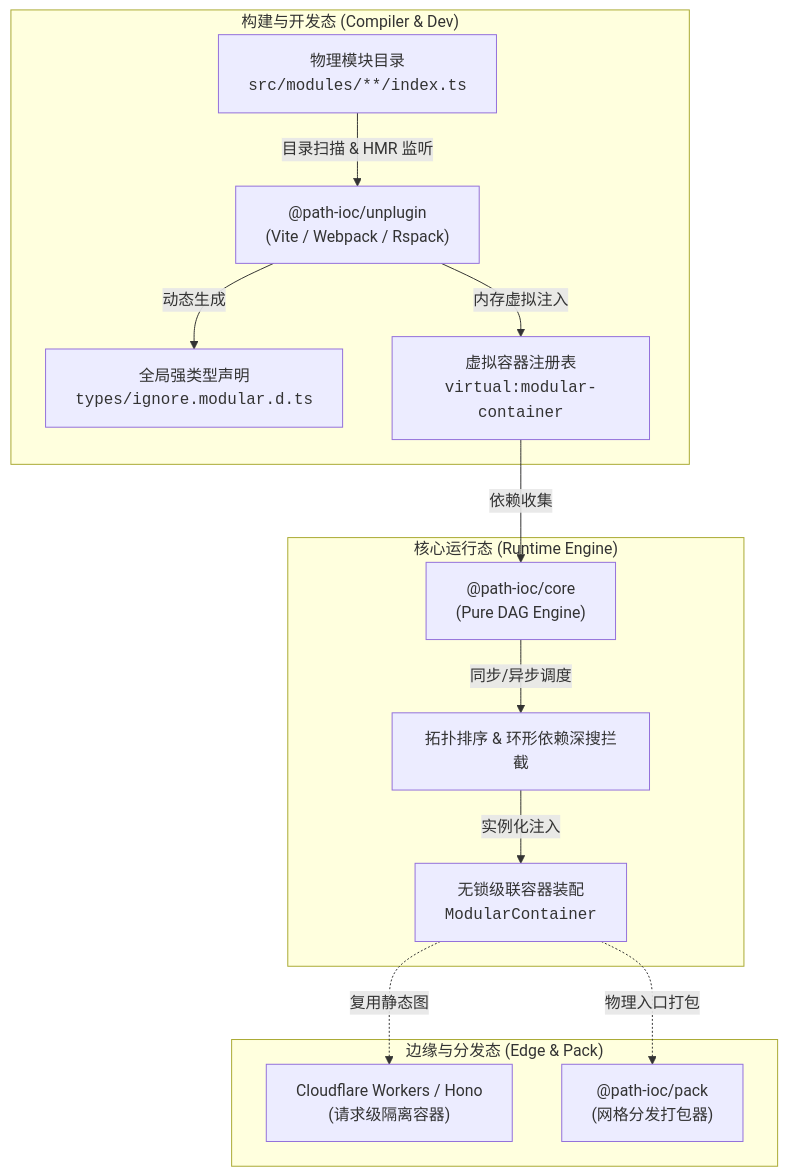
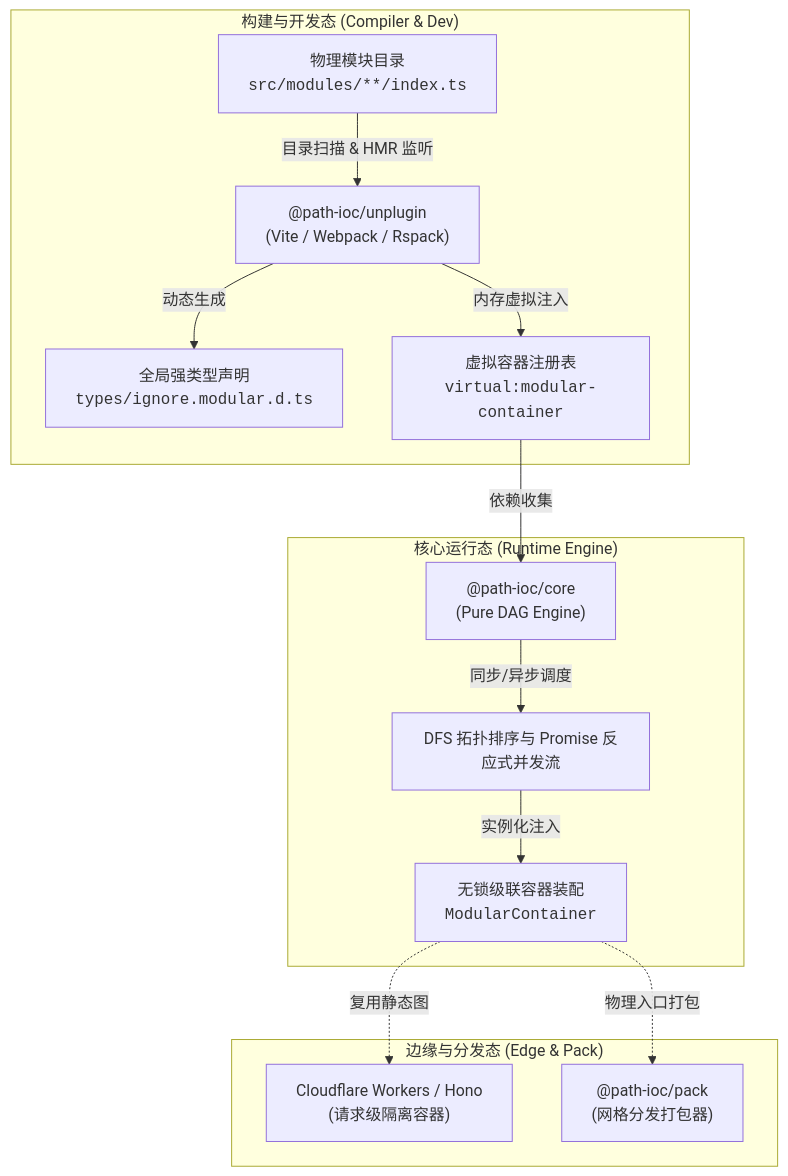
One commit to path-ioc/path-ioc changed the diagram in README.zh-CN.md. Above: the diagram before and after it, drawn with Mermaid. The commit also changed other lines of this file and 12 other files, not shown here.

Commit message:
docs: update documentation, READMEs, and pack plugin guides with enhanced architectural descriptions and video showcase

````diff
--- a/README.zh-CN.md
+++ b/README.zh-CN.md
@@ -65,30 +78,30 @@
 ```mermaid
 flowchart TD
     subgraph DevTime ["构建与开发态 (Compiler & Dev)"]
         A["物理模块目录<br><code>src/modules/**/index.ts</code>"]
         B["@path-ioc/unplugin<br>(Vite / Webpack / Rspack)"]
         C["全局强类型声明<br><code>types/ignore.modular.d.ts</code>"]
         D["虚拟容器注册表<br><code>virtual:modular-container</code>"]
         
         A -->|目录扫描 & HMR 监听| B
         B -->|动态生成| C
         B -->|内存虚拟注入| D
     end
 
     subgraph RunTime ["核心运行态 (Runtime Engine)"]
         E["@path-ioc/core<br>(Pure DAG Engine)"]
-        F["拓扑排序 & 环形依赖深搜拦截"]
+        F["DFS 拓扑排序与 Promise 反应式并发流"]
         G["无锁级联容器装配<br><code>ModularContainer</code>"]
         
         D -->|依赖收集| E
         E -->|同步/异步调度| F
         F -->|实例化注入| G
     end
 
     subgraph EdgeTime ["边缘与分发态 (Edge & Pack)"]
         H["Cloudflare Workers / Hono<br>(请求级隔离容器)"]
         I["@path-ioc/pack<br>(网格分发打包器)"]
         G -.->|复用静态图| H
         G -.->|物理入口打包| I
     end
 ```
````
